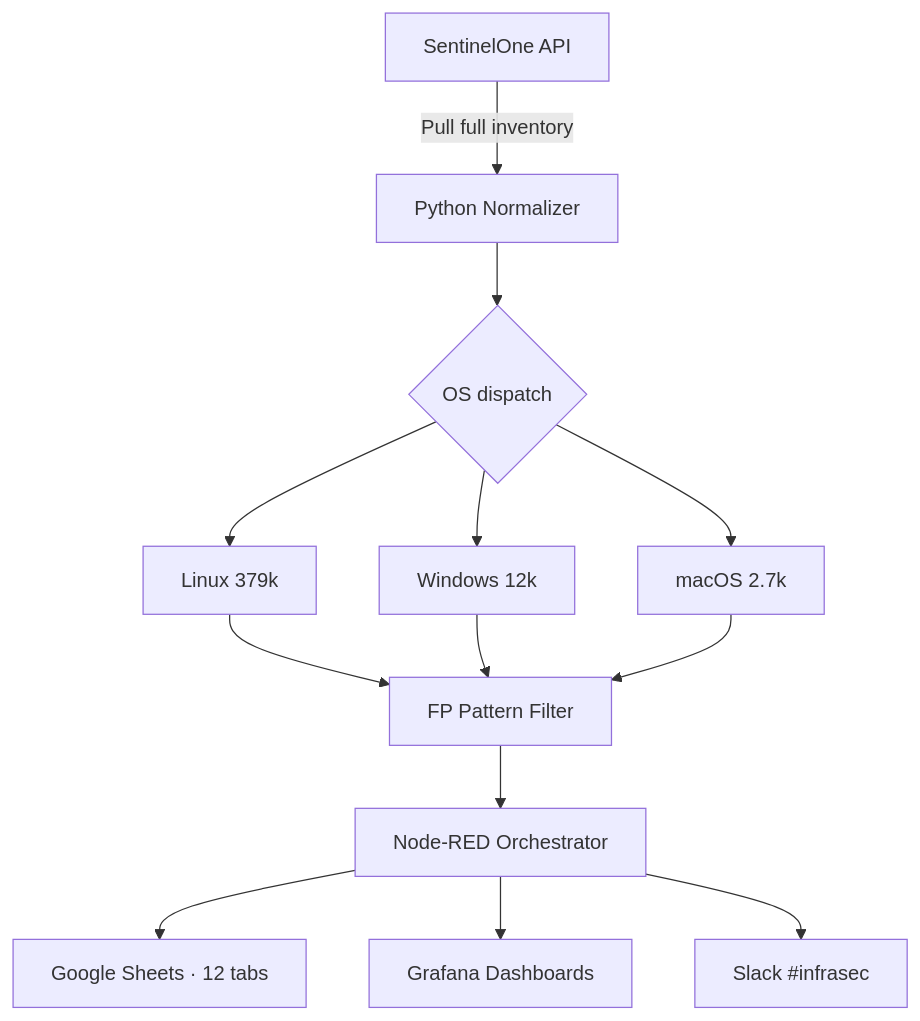
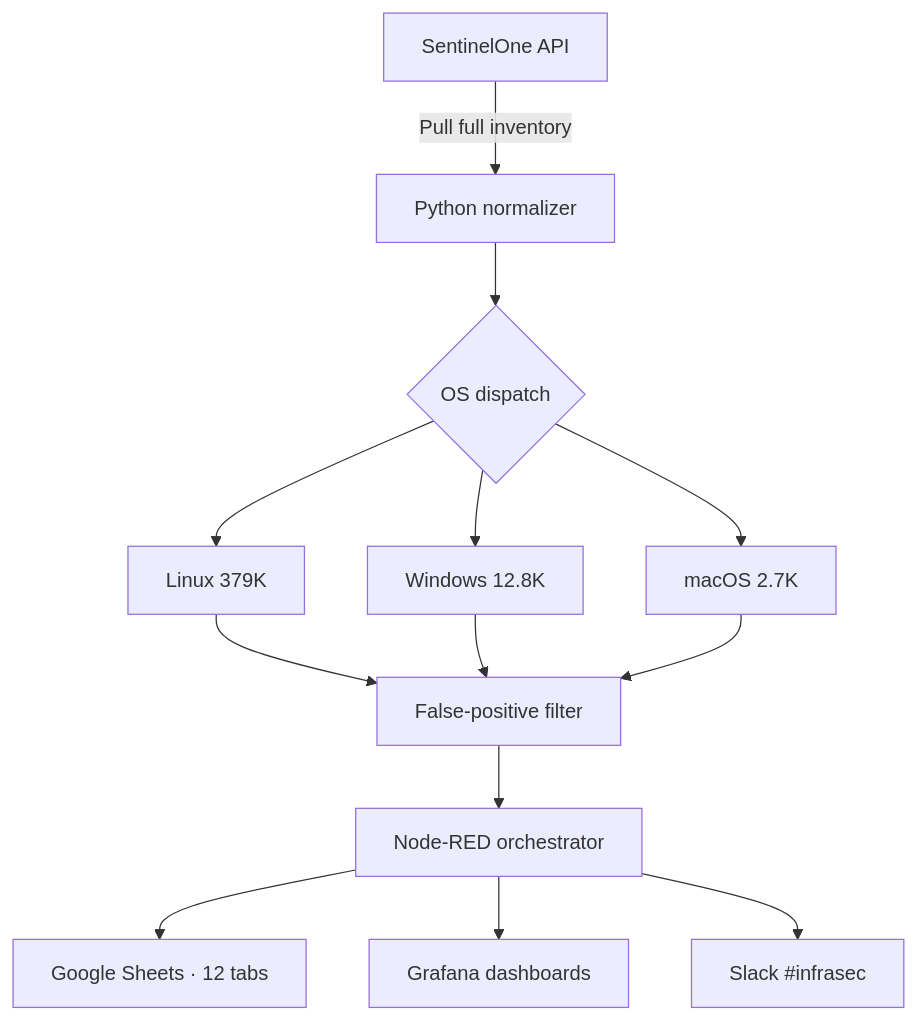
One commit to CHDevSec/portfolio changed the diagram in src/content/projects/en/s1-vuln-sync.mdx. Above: the diagram before and after it, drawn with Mermaid. The commit also changed other lines of this file and 169 other files, not shown here.

````diff
--- a/src/content/projects/en/s1-vuln-sync.mdx
+++ b/src/content/projects/en/s1-vuln-sync.mdx
@@ -39,15 +55,15 @@
 ```mermaid
 flowchart TB
-    A[SentinelOne API] -->|Pull full inventory| B[Python Normalizer]
+    A[SentinelOne API] -->|Pull full inventory| B[Python normalizer]
     B --> C{OS dispatch}
-    C --> D[Linux 379k]
-    C --> E[Windows 12k]
-    C --> F[macOS 2.7k]
-    D --> G[FP Pattern Filter]
+    C --> D[Linux 379K]
+    C --> E[Windows 12.8K]
+    C --> F[macOS 2.7K]
+    D --> G[False-positive filter]
     E --> G
     F --> G
-    G --> H[Node-RED Orchestrator]
+    G --> H[Node-RED orchestrator]
     H --> I[Google Sheets · 12 tabs]
-    H --> J[Grafana Dashboards]
+    H --> J[Grafana dashboards]
     H --> K[Slack #infrasec]
 ```
````
